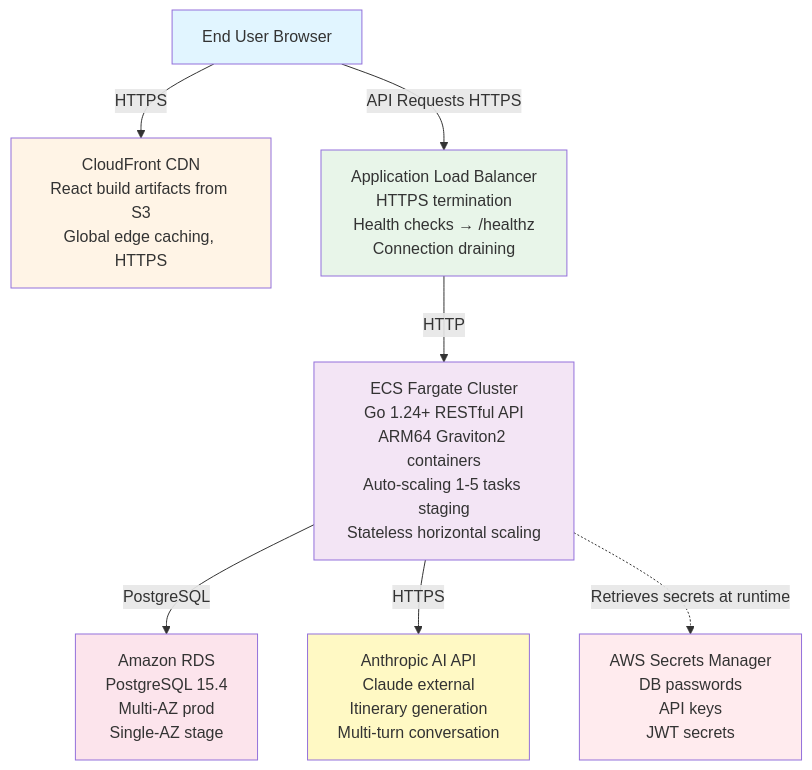
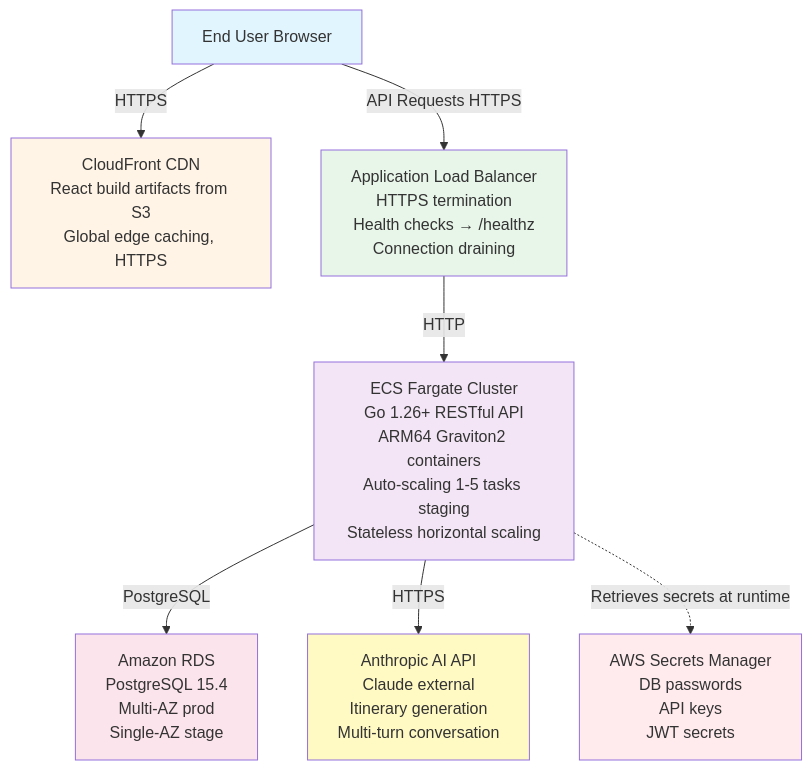
The diagram in docs/architecture.md (JosemaPereira/TrAIveler), drawn with Mermaid before and after one commit. The commit also changed 22 other files, not shown here.

````diff
--- a/docs/architecture.md
+++ b/docs/architecture.md
@@ -13,25 +13,25 @@
 ```mermaid
 graph TD
     User[End User Browser]
     CF[CloudFront CDN<br/>React build artifacts from S3<br/>Global edge caching, HTTPS]
     ALB[Application Load Balancer<br/>HTTPS termination<br/>Health checks → /healthz<br/>Connection draining]
-    ECS[ECS Fargate Cluster<br/>Go 1.24+ RESTful API<br/>ARM64 Graviton2 containers<br/>Auto-scaling 1-5 tasks staging<br/>Stateless horizontal scaling]
+    ECS[ECS Fargate Cluster<br/>Go 1.26+ RESTful API<br/>ARM64 Graviton2 containers<br/>Auto-scaling 1-5 tasks staging<br/>Stateless horizontal scaling]
     RDS[Amazon RDS<br/>PostgreSQL 15.4<br/>Multi-AZ prod<br/>Single-AZ stage]
     AI[Anthropic AI API<br/>Claude external<br/>Itinerary generation<br/>Multi-turn conversation]
     Secrets[AWS Secrets Manager<br/>DB passwords<br/>API keys<br/>JWT secrets]
 
     User -->|HTTPS| CF
     User -->|API Requests HTTPS| ALB
     ALB -->|HTTP| ECS
     ECS -->|PostgreSQL| RDS
     ECS -->|HTTPS| AI
     ECS -.->|Retrieves secrets at runtime| Secrets
 
     style User fill:#e1f5ff
     style CF fill:#fff4e6
     style ALB fill:#e8f5e9
     style ECS fill:#f3e5f5
     style RDS fill:#fce4ec
     style AI fill:#fff9c4
     style Secrets fill:#ffebee
 ```
````
